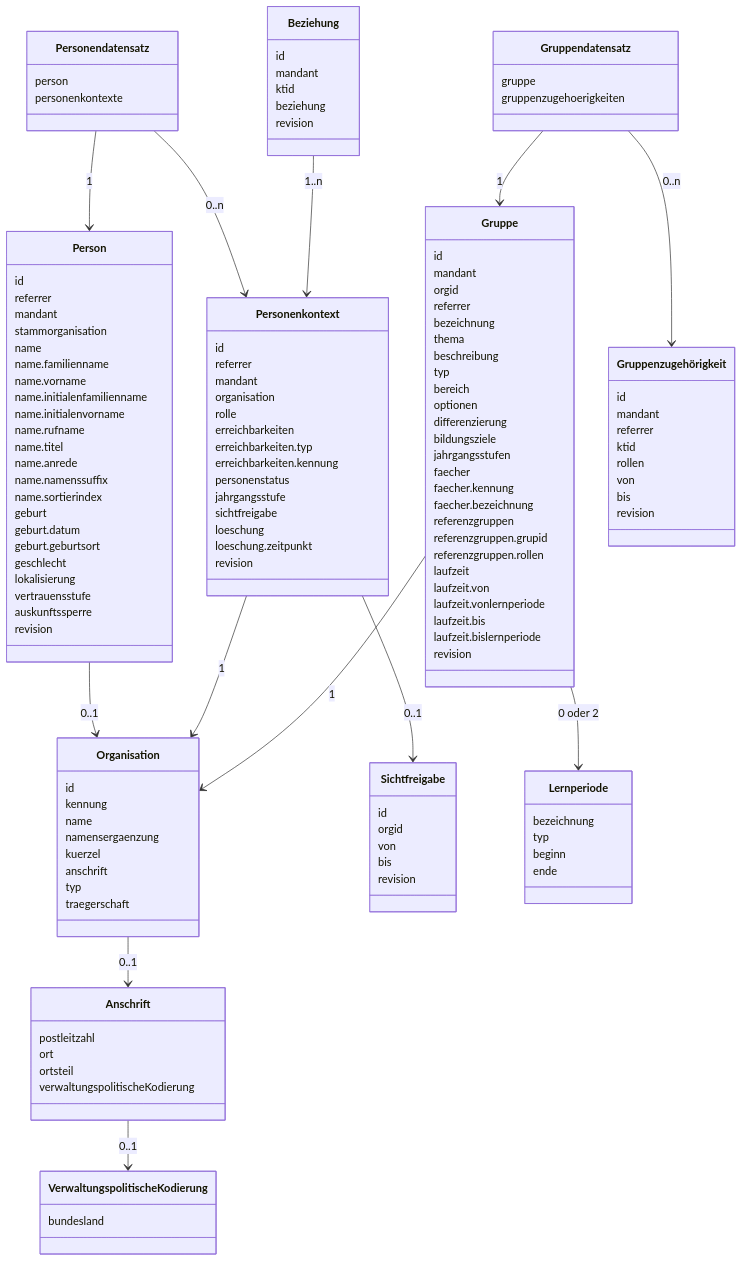
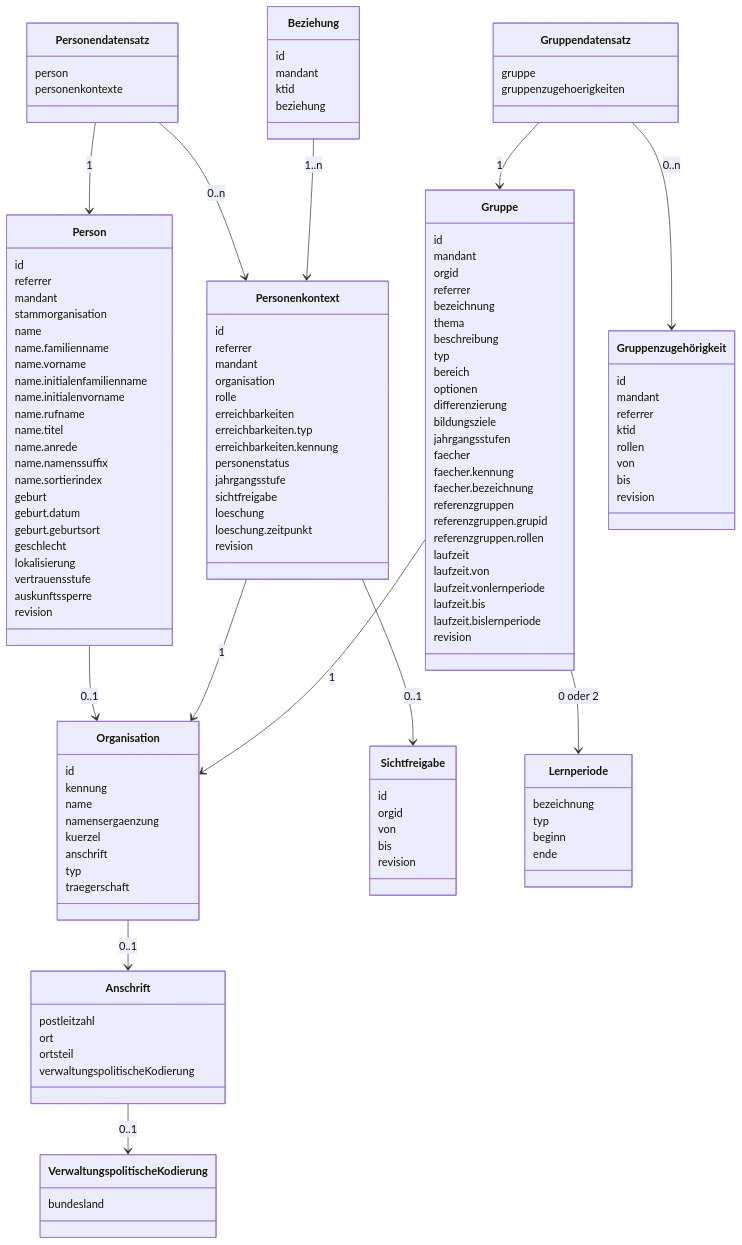
One commit to Schulconnex/Schulconnex changed the diagram in docs/datenmodell-qs/datenmodell.md. Above: the diagram before and after it, drawn with Mermaid. The commit also changed 10 other files, not shown here.

```diff
--- a/docs/datenmodell-qs/datenmodell.md
+++ b/docs/datenmodell-qs/datenmodell.md
@@ -34,7 +34,6 @@
     mandant
     ktid
     beziehung
-    revision
   }
   class Person {
     id
```
